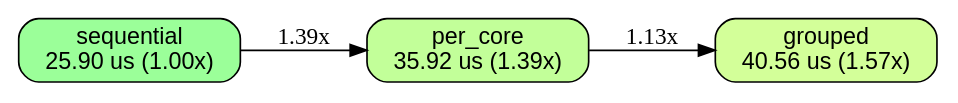
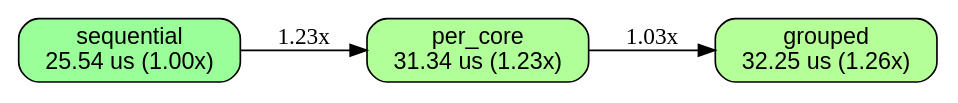
The diagram in docs/BENCHES.accumulator_grouped.w2_g64_n4096.linux-x86_64-c4-container-intel.dot (orgrinrt/hilavitkutin), drawn with Graphviz before and after one commit. The commit also changed 36 other files, not shown here.

```diff
--- a/docs/BENCHES.accumulator_grouped.w2_g64_n4096.linux-x86_64-c4-container-intel.dot
+++ b/docs/BENCHES.accumulator_grouped.w2_g64_n4096.linux-x86_64-c4-container-intel.dot
@@ -1,16 +1,16 @@
 // AUTO-GENERATED: DO NOT EDIT DIRECTLY
 //
 // Generated by: mockspace (mock)
-// Generated at: 2026-11-19T21:47:04Z
+// Generated at: 2026-11-19T22:15:46Z
 // Source: mock/
 // To regenerate: cargo mock
 
 digraph "accumulator_grouped/w2_g64_n4096 on linux-x86_64-c4-container-intel" {
   rankdir=LR;
   node [shape=box, style="rounded,filled", fontname="Helvetica"];
-  v0 [label="sequential\n25.90 us (1.00x)", fillcolor="0.330 0.4 1.0"];
-  v1 [label="per_core\n35.92 us (1.39x)", fillcolor="0.266 0.4 1.0"];
-  v2 [label="grouped\n40.56 us (1.57x)", fillcolor="0.237 0.4 1.0"];
-  v0 -> v1 [label="1.39x"];
-  v1 -> v2 [label="1.13x"];
+  v0 [label="sequential\n25.54 us (1.00x)", fillcolor="0.330 0.4 1.0"];
+  v1 [label="per_core\n31.34 us (1.23x)", fillcolor="0.293 0.4 1.0"];
+  v2 [label="grouped\n32.25 us (1.26x)", fillcolor="0.287 0.4 1.0"];
+  v0 -> v1 [label="1.23x"];
+  v1 -> v2 [label="1.03x"];
 }
```
